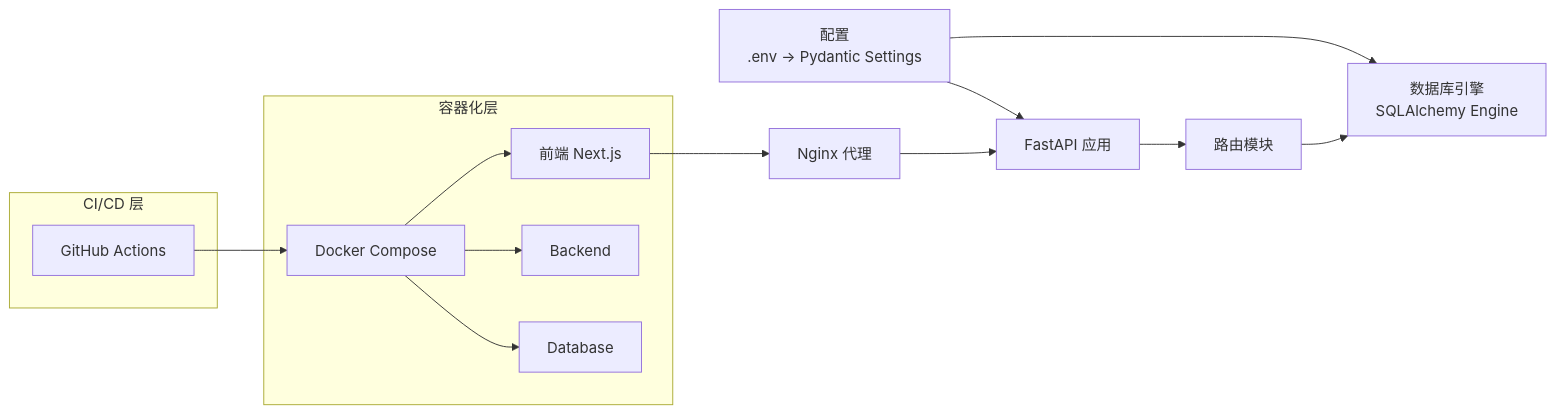
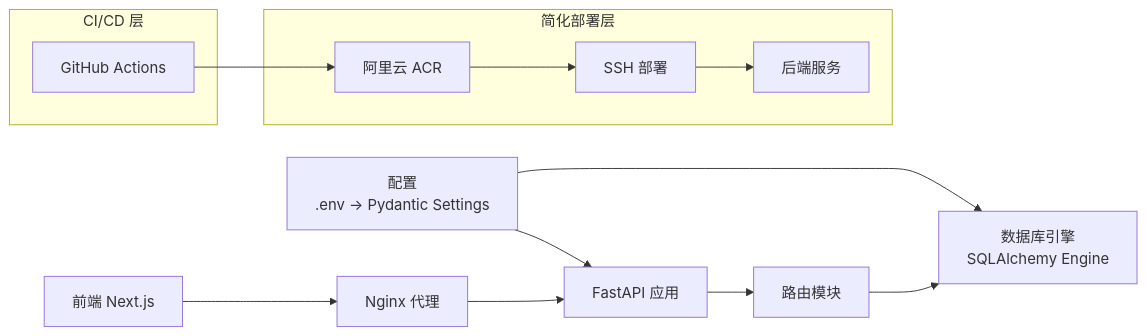
One commit to gujialind/InvestRing changed the fourth of 4 diagrams in .qoder/repowiki/zh/content/开发指南/部署指南/部署指南.md. Above: the diagram before and after it, drawn with Mermaid. The commit also changed other lines of this file and 8 other files, not shown here.

````diff
--- a/.qoder/repowiki/zh/content/开发指南/部署指南/部署指南.md
+++ b/.qoder/repowiki/zh/content/开发指南/部署指南/部署指南.md
@@ -351,17 +256,16 @@
 ```mermaid
 graph LR
 Config["配置<br/>.env -> Pydantic Settings"] --> DB["数据库引擎<br/>SQLAlchemy Engine"]
 Config --> Main["FastAPI 应用"]
 Main --> Routers["路由模块"]
 Routers --> DB
 Frontend["前端 Next.js"] --> Proxy["Nginx 代理"]
 Proxy --> Main
-subgraph "容器化层"
-DockerCompose["Docker Compose"] --> Frontend
-DockerCompose --> Backend
-DockerCompose --> Database
+subgraph "简化部署层"
+ACR["阿里云 ACR"] --> SSH["SSH 部署"]
+SSH --> Backend["后端服务"]
 end
 subgraph "CI/CD 层"
-GitHubActions["GitHub Actions"] --> DockerCompose
+GitHubActions["GitHub Actions"] --> ACR
 end
 ```
````
